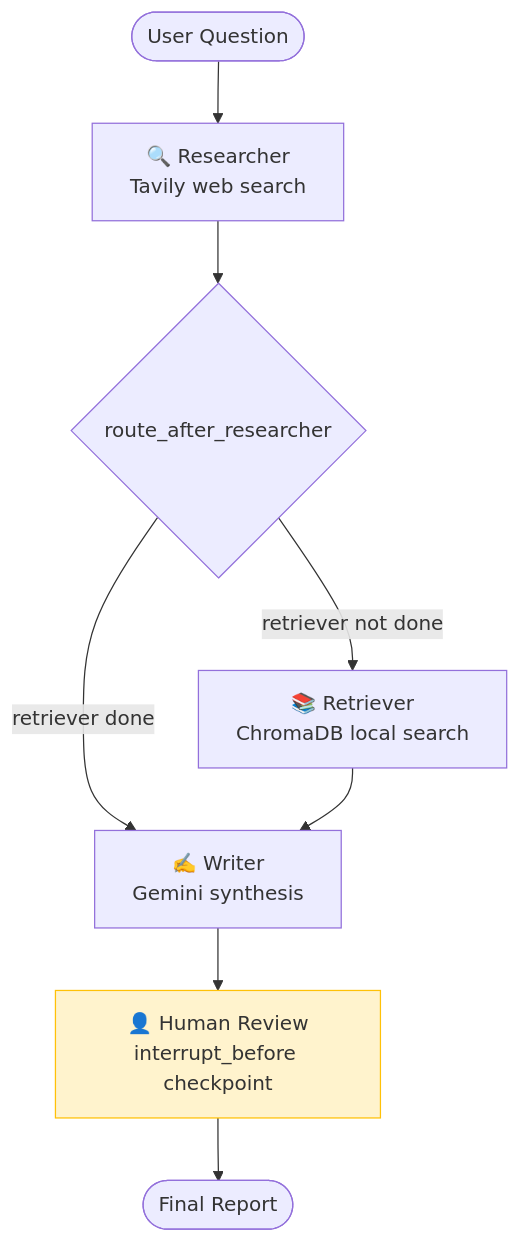
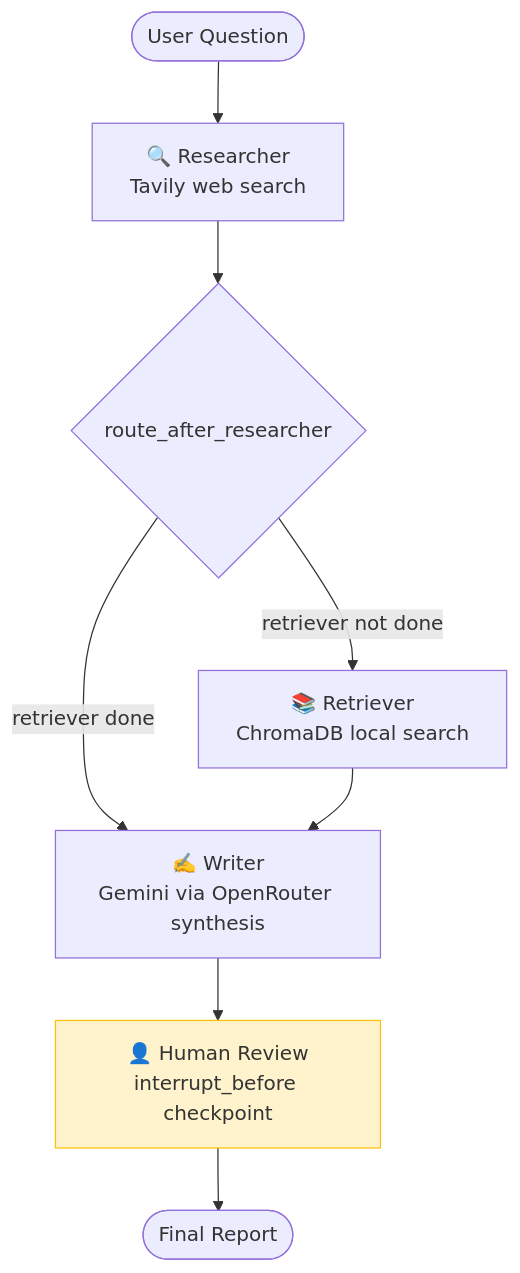
Before and after one commit to themoizqureshi/multi-agent-langgraph: the diagram in README.md, drawn with Mermaid. The commit also changed other lines of this file and 4 other files, not shown here.

First line of the commit message:
fix: switch to OpenRouter, fix LangGraph 0.2.52 node validation, update docs

````diff
--- a/README.md
+++ b/README.md
@@ -63,12 +74,12 @@
 ```mermaid
 graph TD
     START([User Question]) --> R[🔍 Researcher\nTavily web search]
     R --> COND{route_after_researcher}
     COND -->|retriever not done| RET[📚 Retriever\nChromaDB local search]
     COND -->|retriever done| W
-    RET --> W[✍️ Writer\nGemini synthesis]
+    RET --> W[✍️ Writer\nGemini via OpenRouter synthesis]
     W --> HR[👤 Human Review\ninterrupt_before checkpoint]
     HR --> END([Final Report])
 
     style HR fill:#fff3cd,stroke:#ffc107
 ```
````
